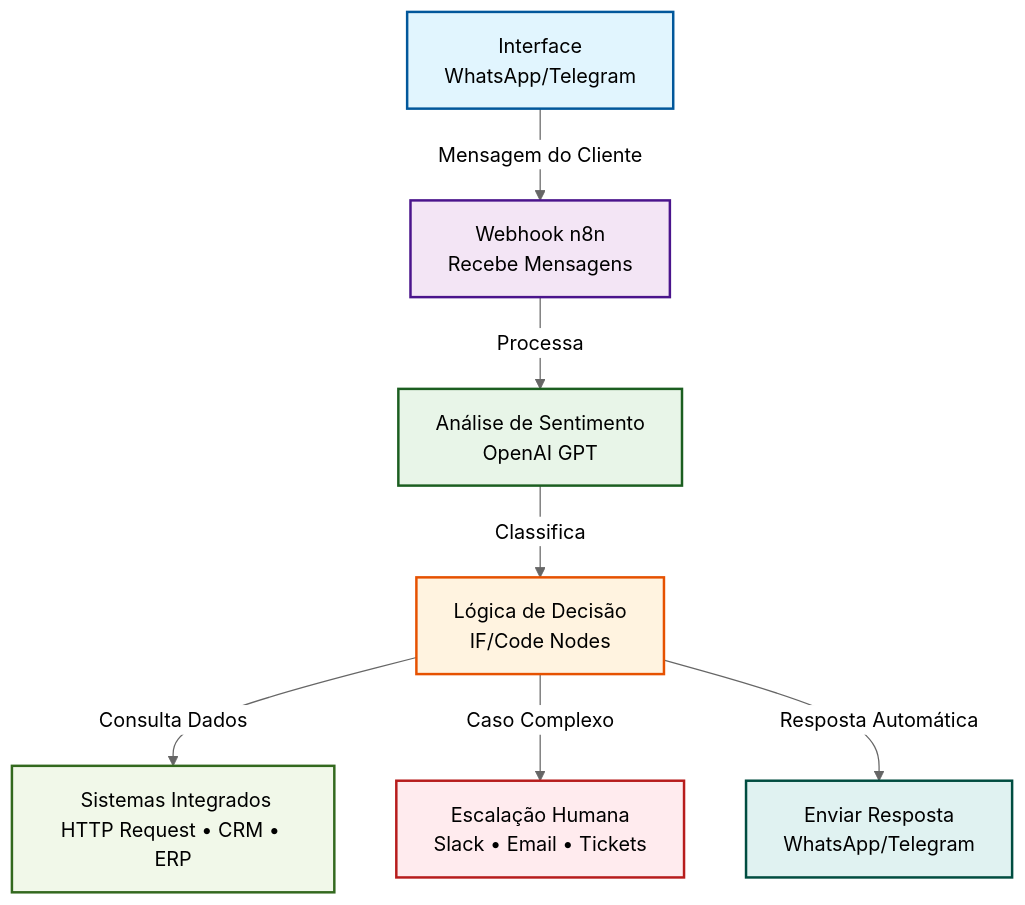
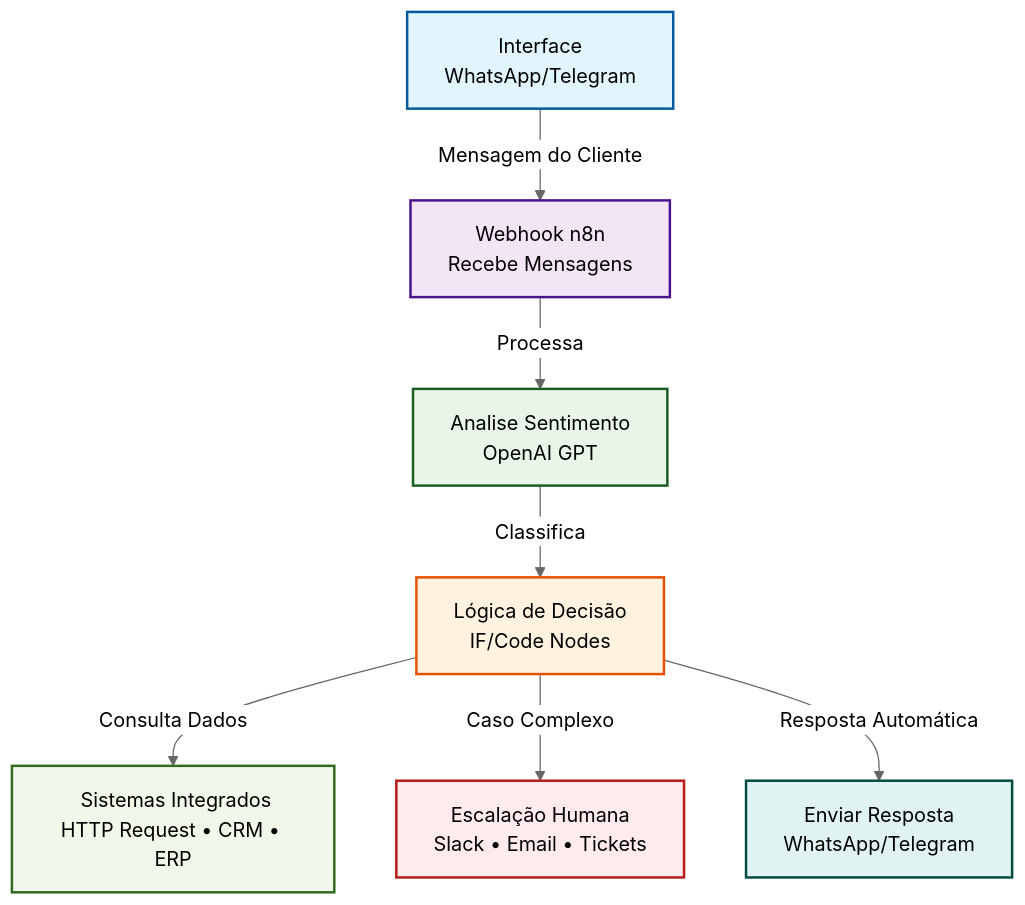
One commit to tatyquebralayout/n8n-Doc-PT-BR changed the first of 9 diagrams in docs/advanced-ai/exemplos-casos/chatbot-suporte.mdx. Above: the diagram before and after it, drawn with Mermaid (neutral theme). The commit also changed other lines of this file and 10 other files, not shown here.

````diff
--- a/docs/advanced-ai/exemplos-casos/chatbot-suporte.mdx
+++ b/docs/advanced-ai/exemplos-casos/chatbot-suporte.mdx
@@ -66,33 +66,33 @@
 ```mermaid
 graph TD
     A[<ion-icon name="phone-portrait-outline"></ion-icon> Interface<br/>WhatsApp/Telegram] -->|Mensagem do Cliente| B[<ion-icon name="chatbubble-ellipses-outline"></ion-icon> Webhook n8n<br/>Recebe Mensagens]
-    B -->|Processa| C[<ion-icon name="analytics-outline"></ion-icon> Análise de Sentimento<br/>OpenAI GPT]
+    B -->|Processa| C[<ion-icon name="analytics-outline"></ion-icon> Analise Sentimento<br/>OpenAI GPT]
     C -->|Classifica| D[<ion-icon name="bulb-outline"></ion-icon> Lógica de Decisão<br/>IF/Code Nodes]
     D -->|Consulta Dados| E[<ion-icon name="link-outline"></ion-icon> Sistemas Integrados<br/>HTTP Request • CRM • ERP]
     D -->|Caso Complexo| F[<ion-icon name="people-outline"></ion-icon> Escalação Humana<br/>Slack • Email • Tickets]
     D -->|Resposta Automática| G[<ion-icon name="send-outline"></ion-icon> Enviar Resposta<br/>WhatsApp/Telegram]
     
     style A fill:#e1f5fe
     style B fill:#f3e5f5
     style C fill:#e8f5e8
     style D fill:#fff3e0
     style E fill:#f1f8e9
     style F fill:#ffebee
     style G fill:#e0f2f1
     
     classDef interface fill:#e1f5fe,stroke:#01579b,stroke-width:2px
     classDef webhook fill:#f3e5f5,stroke:#4a148c,stroke-width:2px
     classDef analysis fill:#e8f5e8,stroke:#1b5e20,stroke-width:2px
     classDef logic fill:#fff3e0,stroke:#e65100,stroke-width:2px
     classDef systems fill:#f1f8e9,stroke:#33691e,stroke-width:2px
     classDef human fill:#ffebee,stroke:#b71c1c,stroke-width:2px
     classDef response fill:#e0f2f1,stroke:#004d40,stroke-width:2px
     
     class A interface
     class B webhook
     class C analysis
     class D logic
     class E systems
     class F human
     class G response
 ```
````
